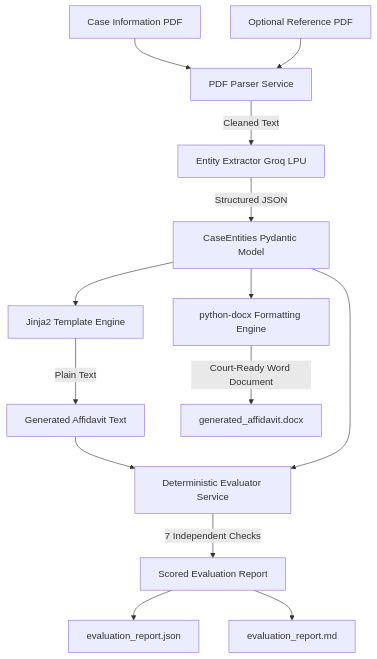
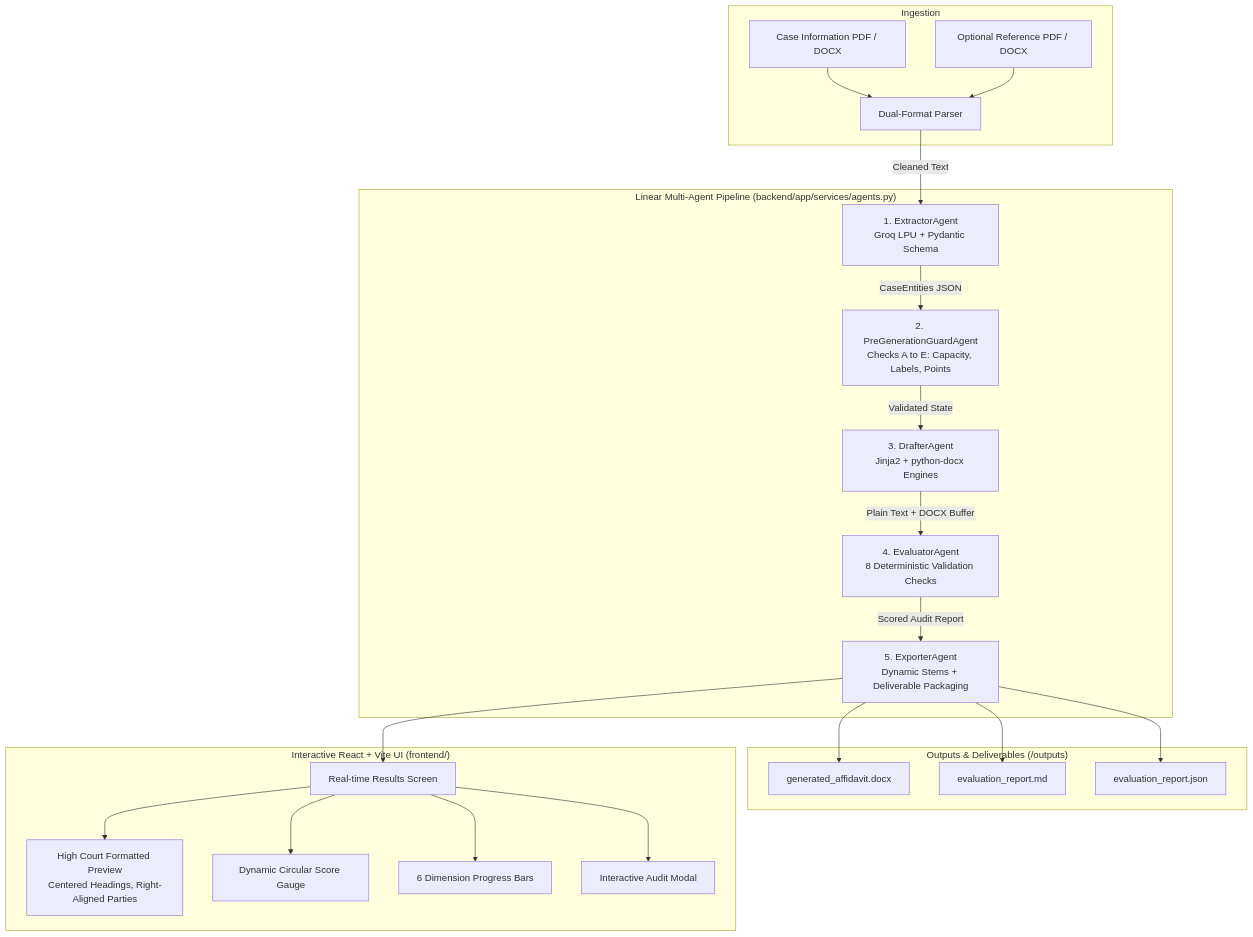
The diagram in README.md (Satyamrtiwari/affidavit), drawn with Mermaid before and after one commit. The commit also changed other lines of this file and 9 other files, not shown here.

````diff
--- a/README.md
+++ b/README.md
@@ -9,16 +19,29 @@
 ```mermaid
 flowchart TD
-    A[Case Information PDF] --> B[PDF Parser Service]
-    Ref[Optional Reference PDF] --> B
-    B -->|Cleaned Text| C[Entity Extractor Groq LPU]
-    C -->|Structured JSON| D[CaseEntities Pydantic Model]
-    D --> E1[Jinja2 Template Engine]
-    D --> E2[python-docx Formatting Engine]
-    E1 -->|Plain Text| F[Generated Affidavit Text]
-    E2 -->|Court-Ready Word Document| G[generated_affidavit.docx]
-    F --> H[Deterministic Evaluator Service]
-    D --> H
-    H -->|7 Independent Checks| I[Scored Evaluation Report]
-    I --> J1[evaluation_report.json]
-    I --> J2[evaluation_report.md]
+    subgraph Ingestion
+        A1[Case Information PDF / DOCX] --> B[Dual-Format Parser]
+        A2[Optional Reference PDF / DOCX] --> B
+    end
+
+    subgraph MultiAgentPipeline["Linear Multi-Agent Pipeline (backend/app/services/agents.py)"]
+        B -->|Cleaned Text| C[1. ExtractorAgent<br/>Groq LPU + Pydantic Schema]
+        C -->|CaseEntities JSON| D[2. PreGenerationGuardAgent<br/>Checks A to E: Capacity, Labels, Points]
+        D -->|Validated State| E[3. DrafterAgent<br/>Jinja2 + python-docx Engines]
+        E -->|Plain Text + DOCX Buffer| F[4. EvaluatorAgent<br/>8 Deterministic Validation Checks]
+        F -->|Scored Audit Report| G[5. ExporterAgent<br/>Dynamic Stems + Deliverable Packaging]
+    end
+
+    subgraph Deliverables["Outputs & Deliverables (/outputs)"]
+        G --> H1[generated_affidavit.docx]
+        G --> H2[evaluation_report.md]
+        G --> H3[evaluation_report.json]
+    end
+
+    subgraph Frontend["Interactive React + Vite UI (frontend/)"]
+        G --> I[Real-time Results Screen]
+        I --> J1[High Court Formatted Preview<br/>Centered Headings, Right-Aligned Parties]
+        I --> J2[Dynamic Circular Score Gauge]
+        I --> J3[6 Dimension Progress Bars]
+        I --> J4[Interactive Audit Modal]
+    end
 ```
````
